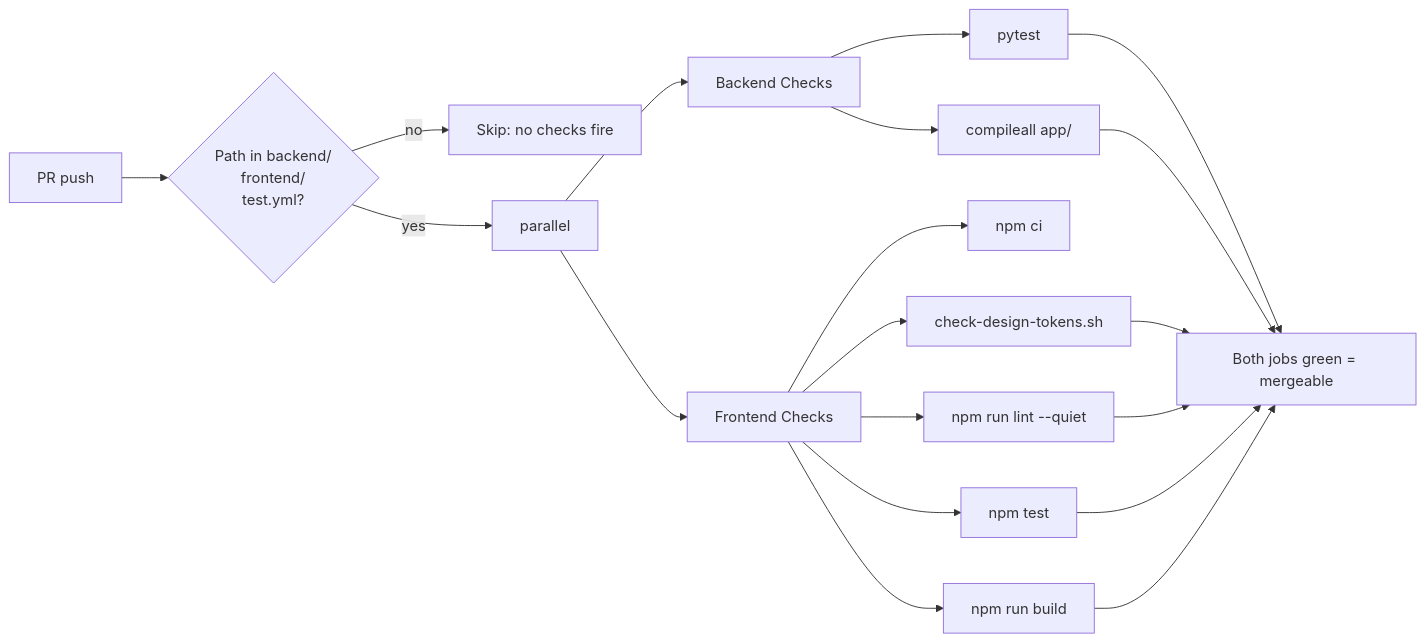
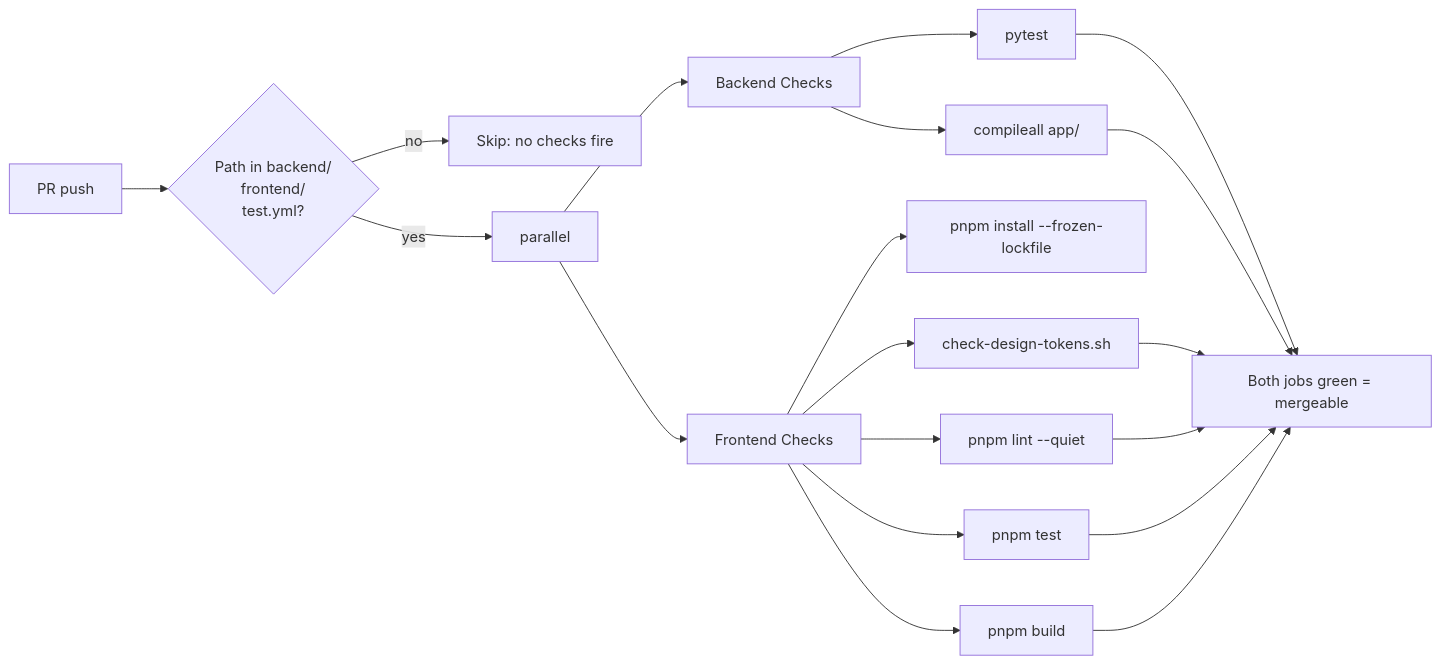
The second of 8 diagrams in docs/operations/DEPLOYMENT.md (fjcloudaiconsulting/tbd), drawn with Mermaid before and after one commit. The commit also changed other lines of this file and 26 other files, not shown here.

First line of the commit message:
build(frontend): migrate npm to pnpm (INFRA-41) (#822)

````diff
--- a/docs/operations/DEPLOYMENT.md
+++ b/docs/operations/DEPLOYMENT.md
@@ -69,16 +69,16 @@
 ```mermaid
 flowchart LR
   push[PR push] --> filter{Path in backend/<br/>frontend/<br/>test.yml?}
   filter -->|no| skip[Skip: no checks fire]
   filter -->|yes| parallel
   parallel --> be[Backend Checks]
   parallel --> fe[Frontend Checks]
   be --> bep[pytest]
   be --> bec[compileall app/]
-  fe --> fei[npm ci]
+  fe --> fei[pnpm install --frozen-lockfile]
   fe --> fed[check-design-tokens.sh]
-  fe --> fel[npm run lint --quiet]
-  fe --> fet[npm test]
-  fe --> feb[npm run build]
+  fe --> fel[pnpm lint --quiet]
+  fe --> fet[pnpm test]
+  fe --> feb[pnpm build]
   bep & bec & fed & fel & fet & feb --> merge[Both jobs green = mergeable]
 ```
````
